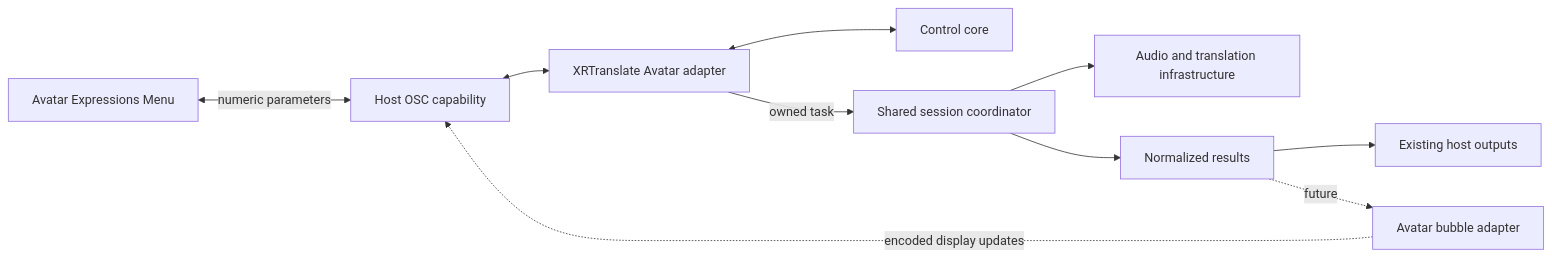
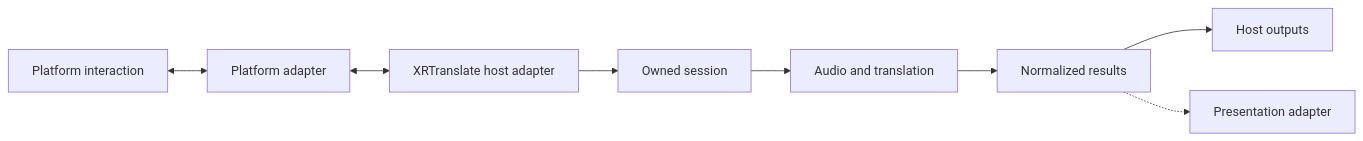
Before and after one commit to NowLoadY/XRT-Avatar-Plugin: the diagram in docs/architecture.md, drawn with Mermaid. The commit also changed other lines of this file and 35 other files, not shown here.

Commit message:
Organize platform adapters and shared project contracts

````diff
--- a/docs/architecture.md
+++ b/docs/architecture.md
@@ -18,12 +17,10 @@
 ```mermaid
 flowchart LR
-    Menu[Avatar Expressions Menu] <-->|numeric parameters| OSC[Host OSC capability]
-    OSC <--> Adapter[XRTranslate Avatar adapter]
-    Adapter <--> Core[Control core]
-    Adapter -->|owned task| Session[Shared session coordinator]
-    Session --> Pipeline[Audio and translation infrastructure]
-    Session --> Results[Normalized results]
-    Results --> Outputs[Existing host outputs]
-    Results -. future .-> Bubble[Avatar bubble adapter]
-    Bubble -. encoded display updates .-> OSC
+    Interaction[Platform interaction] <--> Adapter[Platform adapter]
+    Adapter <--> Host[XRTranslate host adapter]
+    Host --> Session[Owned session]
+    Session --> Pipeline[Audio and translation]
+    Pipeline --> Results[Normalized results]
+    Results --> Outputs[Host outputs]
+    Results -.-> Presentation[Presentation adapter]
 ```
````
